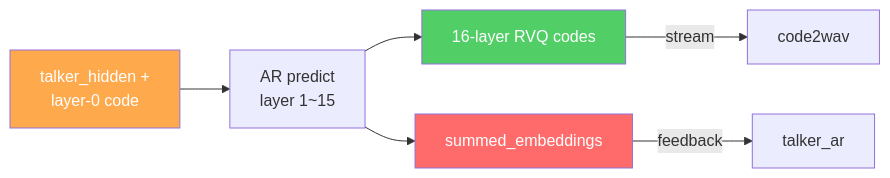
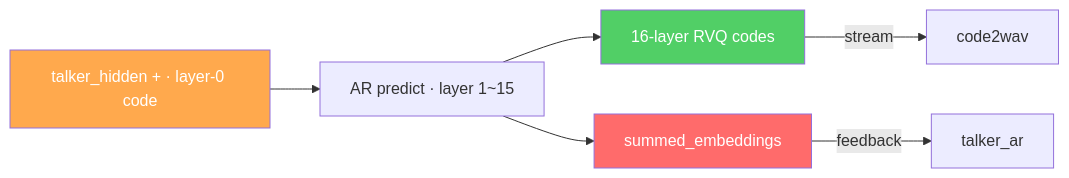
Diagram 22 of 27 in sglang/sglang-omni/README.md (zhaochenyang20/Awesome-ML-SYS-Tutorial), drawn with Mermaid before and after one commit. The commit also changed other lines of this file, not shown here.

First line of the commit message:
docs(sglang-omni): use single-line mermaid labels and redraw multi-model diagram with subgraphs

````diff
--- a/sglang/sglang-omni/README.md
+++ b/sglang/sglang-omni/README.md
@@ -912,13 +898,11 @@
 ```mermaid
 graph LR
-    Input["`talker_hidden +
-layer-0 code`"] --> AR["`AR predict
-layer 1~15`"] --> Codes["16-layer RVQ codes"]
+    Input["talker_hidden + · layer-0 code"] --> AR["AR predict · layer 1~15"] --> Codes["16-layer RVQ codes"]
     AR --> Sum["summed_embeddings"]
     Codes --> |"stream"| C2W["code2wav"]
     Sum --> |"feedback"| Talker["talker_ar"]
 
     style Input fill:#ffa94d,color:#fff
     style Codes fill:#51cf66,color:#fff
     style Sum fill:#ff6b6b,color:#fff
 ```
````
